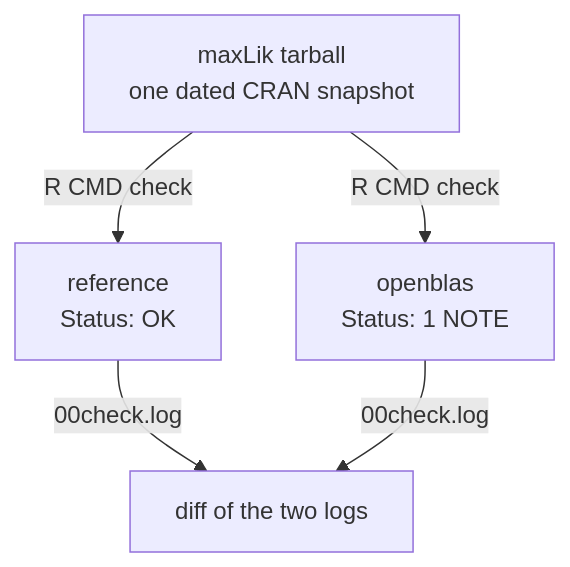
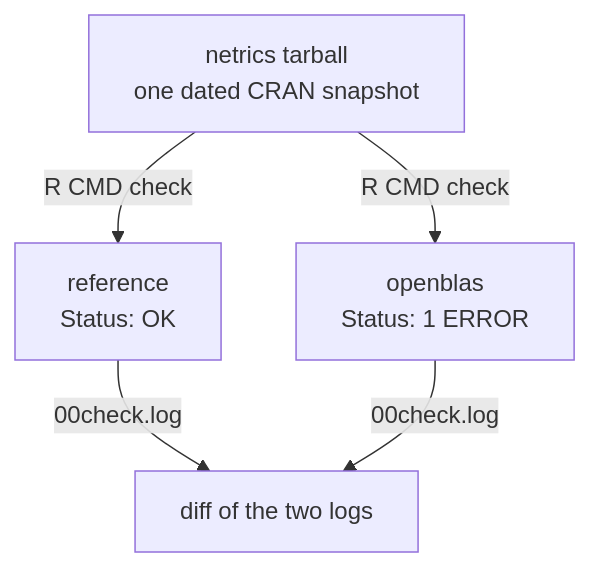
The third of 3 diagrams in README.md (coatless/docker-r-check), drawn with Mermaid before and after one commit. The commit also changed other lines of this file and 8 other files, not shown here.

````diff
--- a/README.md
+++ b/README.md
@@ -168,11 +242,11 @@
 ```mermaid
 flowchart TD
-    pkg["maxLik tarball<br/>one dated CRAN snapshot"]
+    pkg["netrics tarball<br/>one dated CRAN snapshot"]
     ref["reference<br/>Status: OK"]
-    ob["openblas<br/>Status: 1 NOTE"]
+    ob["openblas<br/>Status: 1 ERROR"]
     diff["diff of the two logs"]
     pkg -- R CMD check --> ref
     pkg -- R CMD check --> ob
     ref -- 00check.log --> diff
     ob -- 00check.log --> diff
 ```
````
